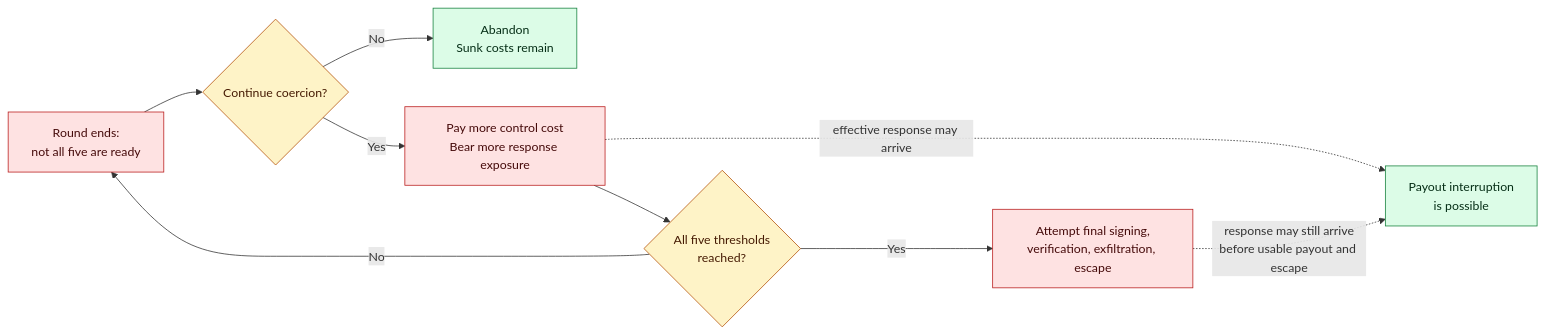
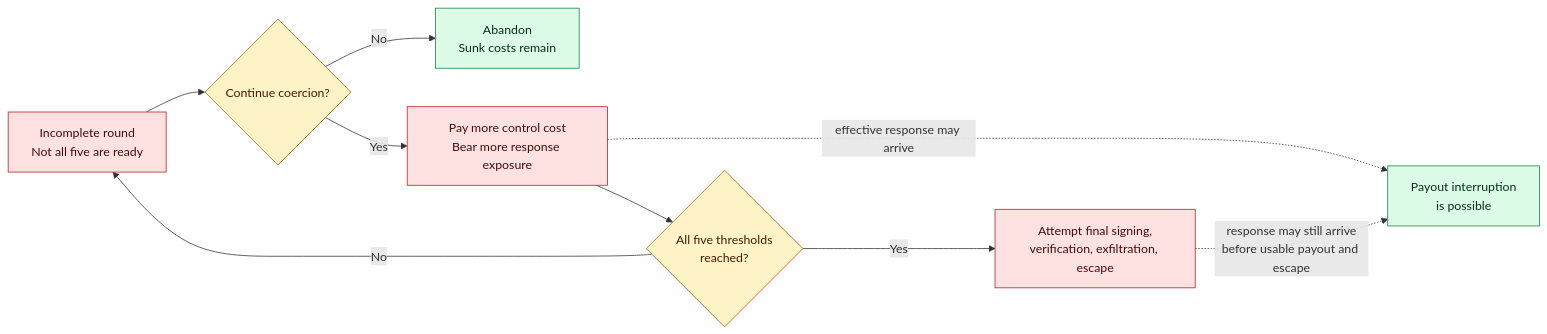
The fifth of 6 diagrams in README.md (cogwheel26/boomerang_design), drawn with Mermaid before and after one commit. The commit also changed other lines of this file and 1 other file, not shown here.

````diff
--- a/README.md
+++ b/README.md
@@ -471,18 +465,18 @@
 ```mermaid
 flowchart LR
-    I["Round ends:<br/>not all five are ready"] --> Q{"Continue coercion?"}
+    I["Incomplete round<br/>Not all five are ready"] --> Q{"Continue coercion?"}
     Q -- "No" --> A["Abandon<br/>Sunk costs remain"]
     Q -- "Yes" --> C["Pay more control cost<br/>Bear more response exposure"]
     C --> R{"All five thresholds<br/>reached?"}
     R -- "No" --> I
     R -- "Yes" --> S["Attempt final signing,<br/>verification, exfiltration, escape"]
     C -. "effective response may arrive" .-> X["Payout interruption<br/>is possible"]
     S -. "response may still arrive<br/>before usable payout and escape" .-> X
 
     classDef decision fill:#fef3c7,stroke:#b45309,color:#451a03
     classDef attacker fill:#fee2e2,stroke:#b91c1c,color:#450a0a
     classDef response fill:#dcfce7,stroke:#15803d,color:#052e16
     class Q,R decision
     class I,C,S attacker
     class A,X response
 ```
````
